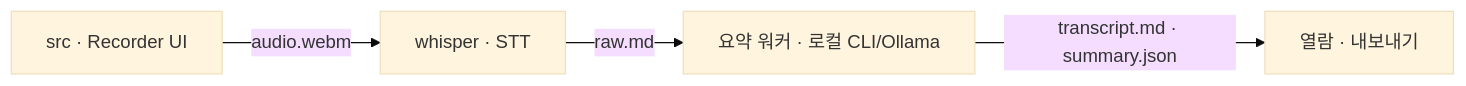
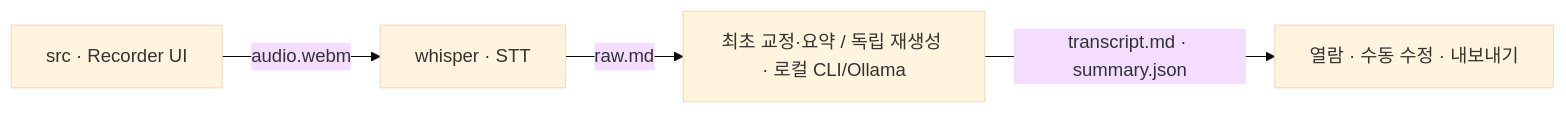
The diagram in AGENTS.md (mimpp92-dotco/ai-note), drawn with Mermaid (base theme) before and after one commit. The commit also changed other lines of this file and 7 other files, not shown here.

Commit message:
feat(manual-transcript-and-summary-editing): phase 7 — docs-adr-and-final-contract

````diff
--- a/AGENTS.md
+++ b/AGENTS.md
@@ -9,6 +9,6 @@
 ```mermaid
 flowchart LR
     R["src · Recorder UI"] -->|audio.webm| W["whisper · STT"]
-    W -->|raw.md| S["요약 워커 · 로컬 CLI/Ollama"]
-    S -->|transcript.md · summary.json| V["열람 · 내보내기"]
+    W -->|raw.md| S["최초 교정·요약 / 독립 재생성 · 로컬 CLI/Ollama"]
+    S -->|transcript.md · summary.json| V["열람 · 수동 수정 · 내보내기"]
 ```
````
